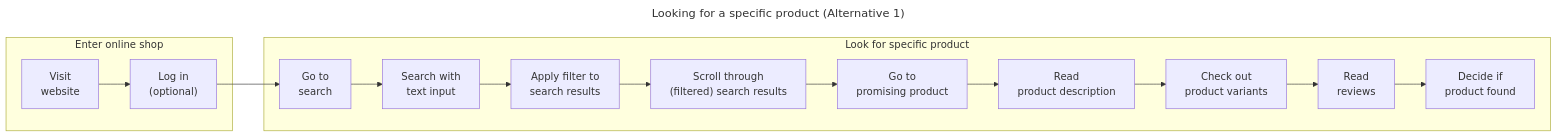
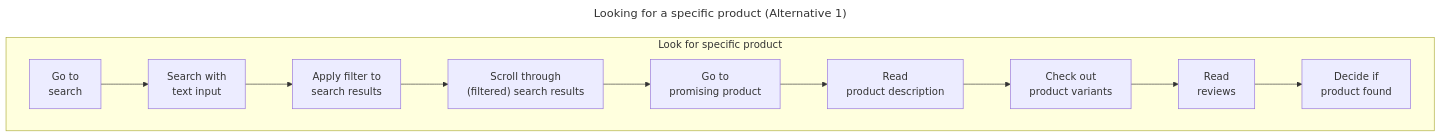
Before and after one commit to qw3ry/misarch-docs: the diagram in image-sources/diagrams/user-journeys/journey-looking-2.mmd, drawn with Mermaid. The commit also changed 32 other files, not shown here.

Commit message:
Removed login overhead from the user-journey diagrams

```diff
--- a/image-sources/diagrams/user-journeys/journey-looking-2.mmd
+++ b/image-sources/diagrams/user-journeys/journey-looking-2.mmd
@@ -1,20 +1,17 @@
 ---
 title: Looking for a specific product (Alternative 1)
 ---
 flowchart LR
-    subgraph Enter online shop
-        A["Visit\nwebsite"]
-        B["Log in\n(optional)"]
-    end
     subgraph Look for specific product
+        direction LR
         C["Go to\nsearch"]
         D["Search with\ntext input"]
         E["Apply filter to\nsearch results"]
         F["Scroll through\n(filtered) search results"]
         G["Go to\npromising product"]
         H["Read\nproduct description"]
         I["Check out\nproduct variants"]
         J["Read\nreviews"]
         K["Decide if\nproduct found"]
     end
-    A --> B --> C --> D --> E --> F --> G --> H --> I --> J --> K
+    C --> D --> E --> F --> G --> H --> I --> J --> K
```
